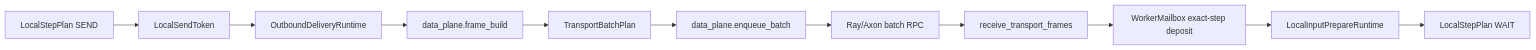
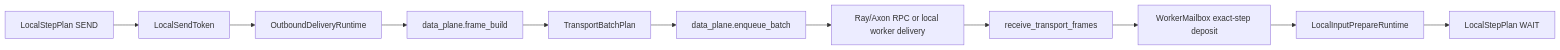
The diagram in docs/dataplane_runtime.md (diaosj/fluxway), drawn with Mermaid before and after one commit. The commit also changed other lines of this file and 38 other files, not shown here.

````diff
--- a/docs/dataplane_runtime.md
+++ b/docs/dataplane_runtime.md
@@ -9,13 +9,13 @@
 ```mermaid
 flowchart LR
   A["LocalStepPlan SEND"] --> B["LocalSendToken"]
   B --> C["OutboundDeliveryRuntime"]
   C --> D["data_plane.frame_build"]
   D --> E["TransportBatchPlan"]
   E --> F["data_plane.enqueue_batch"]
-  F --> G["Ray/Axon batch RPC"]
+  F --> G["Ray/Axon RPC or local worker delivery"]
   G --> H["receive_transport_frames"]
   H --> I["WorkerMailbox exact-step deposit"]
   I --> J["LocalInputPrepareRuntime"]
   J --> K["LocalStepPlan WAIT"]
 ```
````
